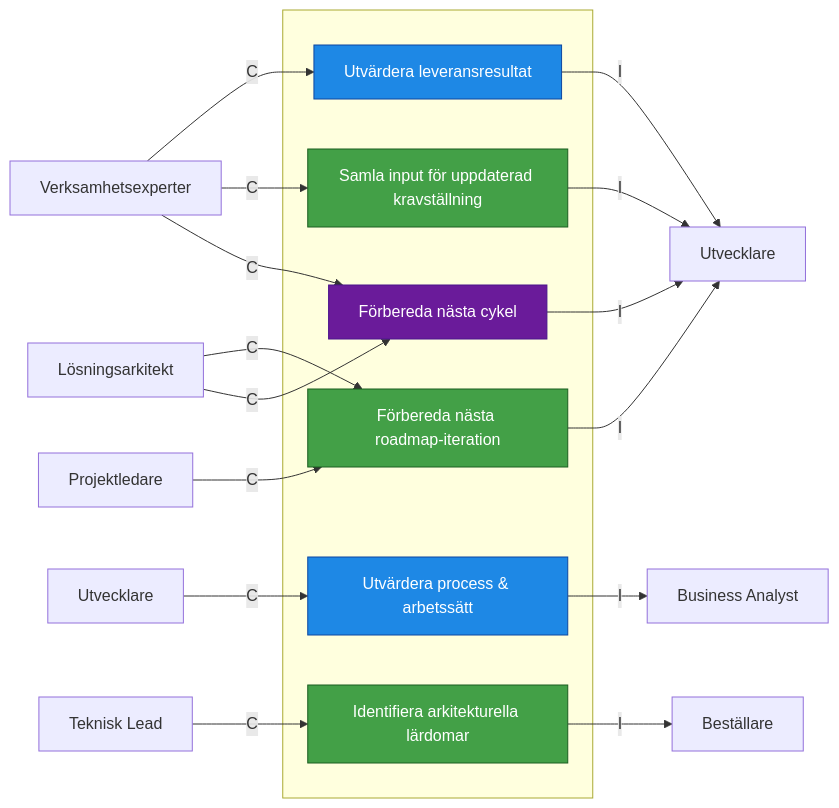
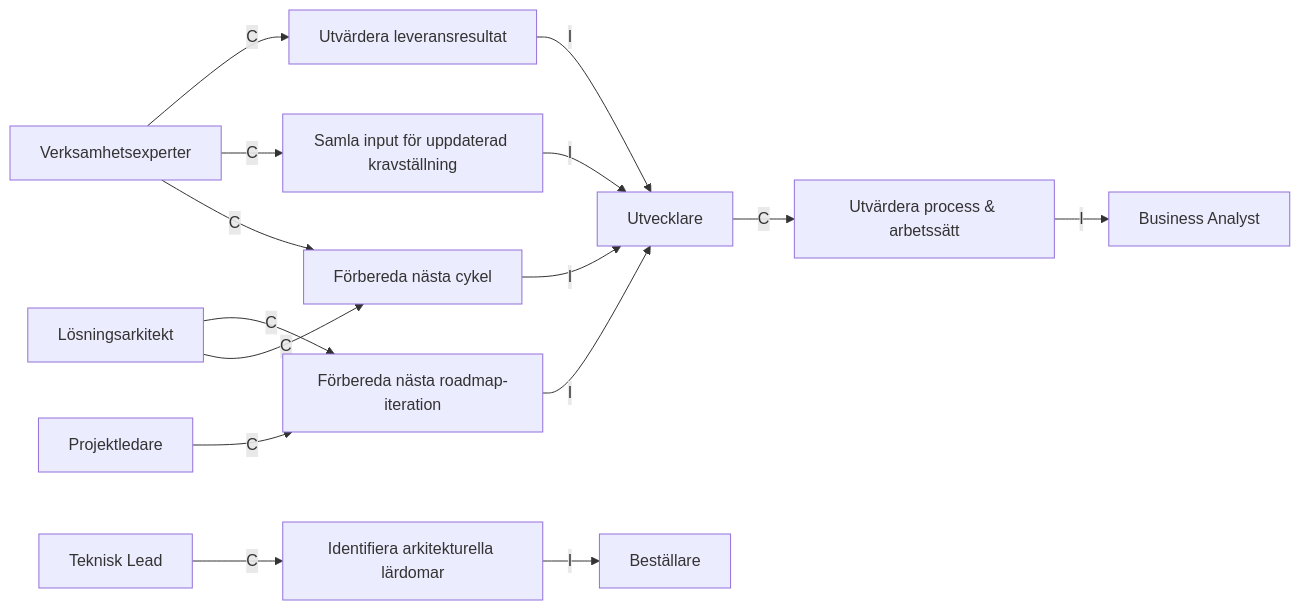
The third of 3 diagrams in framework/standard/RACI/5. Repeat.md (Riniga/valuestream-os), drawn with Mermaid before and after one commit. The commit also changed other lines of this file and 83 other files, not shown here.

````diff
--- a/framework/standard/RACI/5. Repeat.md
+++ b/framework/standard/RACI/5. Repeat.md
@@ -98,46 +61,33 @@
 ```mermaid
 flowchart LR
-    subgraph " "
-        A1["Utvärdera leveransresultat"]
-        A2["Utvärdera process & arbetssätt"]
-        B1["Samla input för uppdaterad kravställning"]
-        B2["Identifiera arkitekturella lärdomar"]
-        B3["Förbereda nästa roadmap‑iteration"]
-        C1["Förbereda nästa cykel "]
-    end
+    A1["Utvärdera leveransresultat"]
+    A2["Utvärdera process & arbetssätt"]
+    B1["Samla input för uppdaterad kravställning"]
+    B2["Identifiera arkitekturella lärdomar"]
+    B3["Förbereda nästa roadmap-iteration"]
+    C1["Förbereda nästa cykel"]
 
     VX["Verksamhetsexperter"]
     UT["Utvecklare"]
     TL["Teknisk Lead"]
     LA["Lösningsarkitekt"]
     PL["Projektledare"]
-
     BA["Business Analyst"]
-    UT2["Utvecklare"]
-    PA["Beställare"]
+    BE["Beställare"]
 
     VX -- C --> A1
     UT -- C --> A2
     VX -- C --> B1
     TL -- C --> B2
     LA -- C --> B3
     PL -- C --> B3
     LA -- C --> C1
     VX -- C --> C1
 
-    A1 -- I --> UT2
+    A1 -- I --> UT
     A2 -- I --> BA
-    B1 -- I --> UT2
-    B2 -- I --> PA
-    B3 -- I --> UT2
-    C1 -- I --> UT2
-
-    %% STYLING
-    classDef seq fill:#1e88e5,stroke:#0d47a1,color:#fff;
-    classDef par fill:#43a047,stroke:#1b5e20,color:#fff;
-    classDef converge fill:#6a1b9a,stroke:#4a148c,color:#fff;
-
-    class A0,A1,A2 seq;
-    class B1,B2,B3 par;
-    class C1,D0 converge;
+    B1 -- I --> UT
+    B2 -- I --> BE
+    B3 -- I --> UT
+    C1 -- I --> UT
 ```
````
